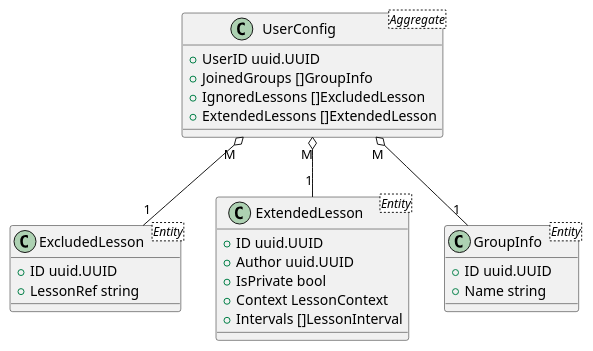
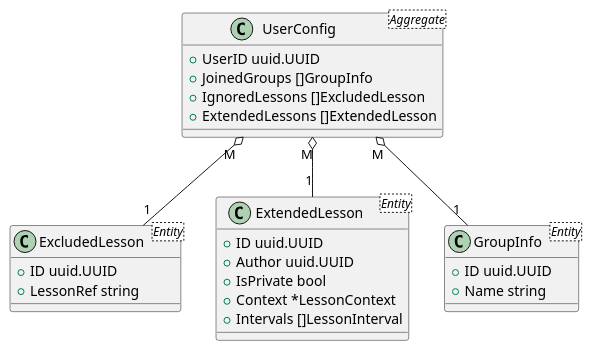
The diagram in ExtendedSchedule/docs/domain.puml (tellmeac/ExtendedSchedule), drawn with PlantUML before and after one commit. The commit also changed 1 other file, not shown here.

```diff
--- a/ExtendedSchedule/docs/domain.puml
+++ b/ExtendedSchedule/docs/domain.puml
@@ -1,32 +1,32 @@
 @startuml EntityDiagram
 
 class UserConfig <Aggregate> {
     +UserID uuid.UUID
     +JoinedGroups []GroupInfo
     +IgnoredLessons []ExcludedLesson
     +ExtendedLessons []ExtendedLesson
 }
 
 class ExcludedLesson <Entity> {
     +ID uuid.UUID
     +LessonRef string
 }
 
 class ExtendedLesson <Entity> {
     +ID uuid.UUID
     +Author uuid.UUID
     +IsPrivate bool
-    +Context LessonContext
+    +Context *LessonContext
     +Intervals []LessonInterval
 }
 
 class GroupInfo <Entity> {
     + ID uuid.UUID
     + Name string
 }
 
 UserConfig "M" o-- "1" ExcludedLesson
 UserConfig "M" o-- "1" ExtendedLesson
 UserConfig "M" o-- "1" GroupInfo
 
 @enduml
```
